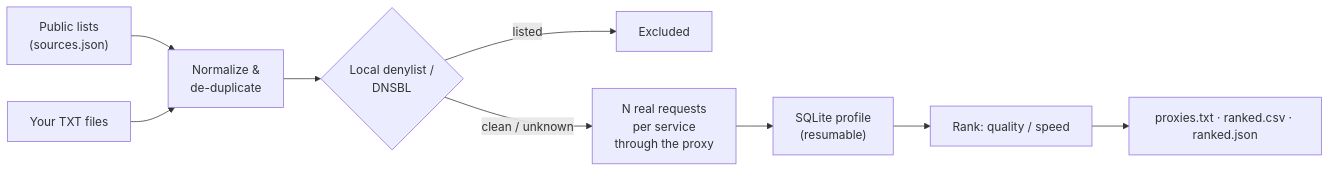
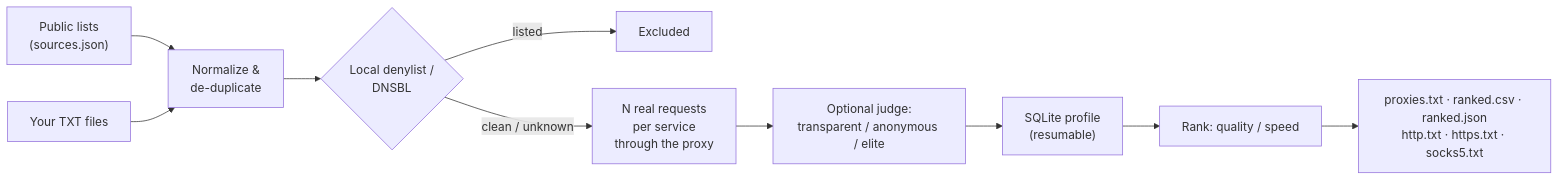
Before and after one commit to DavidVoitenko/proxy-workbench: the diagram in README.md, drawn with Mermaid. The commit also changed other lines of this file and 18 other files, not shown here.

````diff
--- a/README.md
+++ b/README.md
@@ -88,11 +90,12 @@
 ```mermaid
 flowchart LR
     A["Public lists<br/>(sources.json)"] --> C["Normalize &<br/>de-duplicate"]
     B["Your TXT files"] --> C
     C --> D{"Local denylist /<br/>DNSBL"}
     D -- listed --> X["Excluded"]
     D -- "clean / unknown" --> E["N real requests<br/>per service<br/>through the proxy"]
-    E --> F["SQLite profile<br/>(resumable)"]
+    E --> J["Optional judge:<br/>transparent / anonymous / elite"]
+    J --> F["SQLite profile<br/>(resumable)"]
     F --> G["Rank: quality / speed"]
-    G --> H["proxies.txt · ranked.csv · ranked.json"]
+    G --> H["proxies.txt · ranked.csv · ranked.json<br/>http.txt · https.txt · socks5.txt"]
 ```
````
